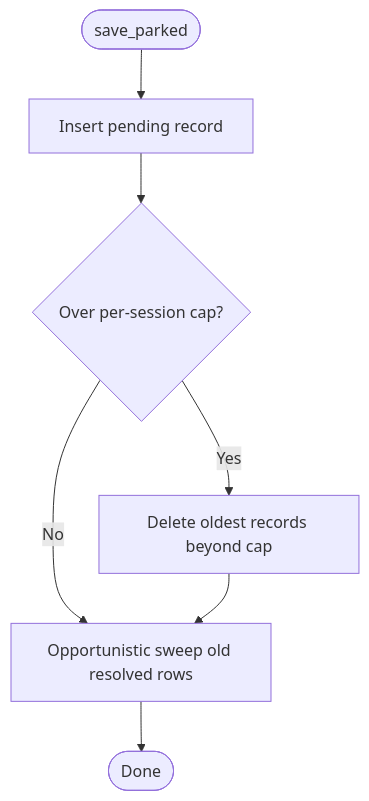
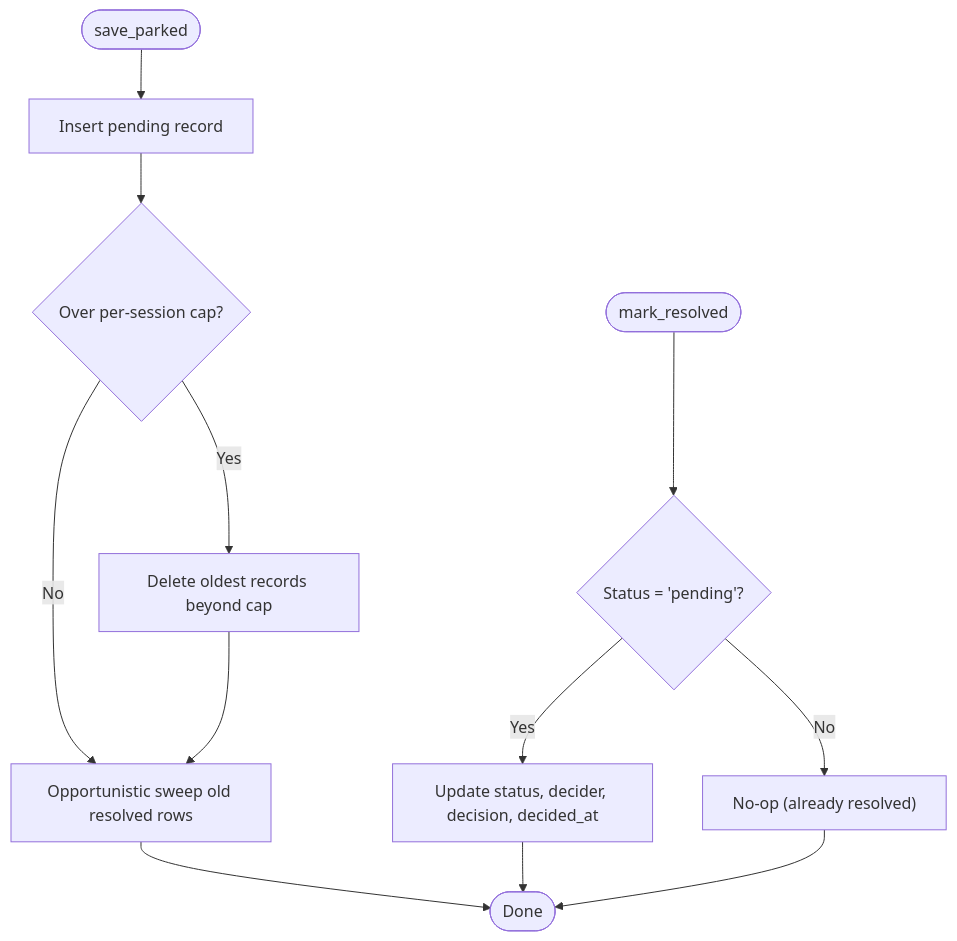
The third of 7 diagrams in .qoder/repowiki/en/content/Architecture Documentation/SPEC-031_ Approval Inbox and Persistent Confirmation Cards.md (metasync/luban-aiops), drawn with Mermaid before and after one commit. The commit also changed other lines of this file and 6 other files, not shown here.

````diff
--- a/.qoder/repowiki/en/content/Architecture Documentation/SPEC-031_ Approval Inbox and Persistent Confirmation Cards.md
+++ b/.qoder/repowiki/en/content/Architecture Documentation/SPEC-031_ Approval Inbox and Persistent Confirmation Cards.md
@@ -158,9 +166,14 @@
 ```mermaid
 flowchart TD
 Start([save_parked]) --> Insert["Insert pending record"]
 Insert --> Evict{"Over per-session cap?"}
 Evict --> |Yes| DeleteOldest["Delete oldest records beyond cap"]
 Evict --> |No| Sweep["Opportunistic sweep old resolved rows"]
 DeleteOldest --> Sweep
 Sweep --> End([Done])
+MarkResolved([mark_resolved]) --> CheckStatus{"Status = 'pending'?"}
+CheckStatus --> |Yes| Update["Update status, decider, decision, decided_at"]
+CheckStatus --> |No| NoOp["No-op (already resolved)"]
+Update --> End
+NoOp --> End
 ```
````
